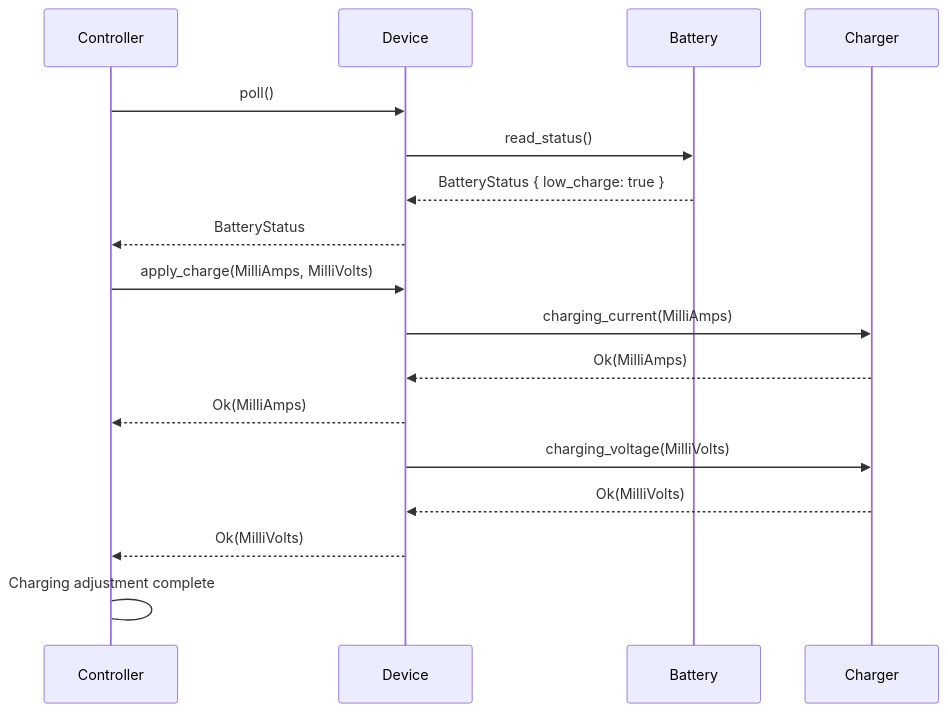
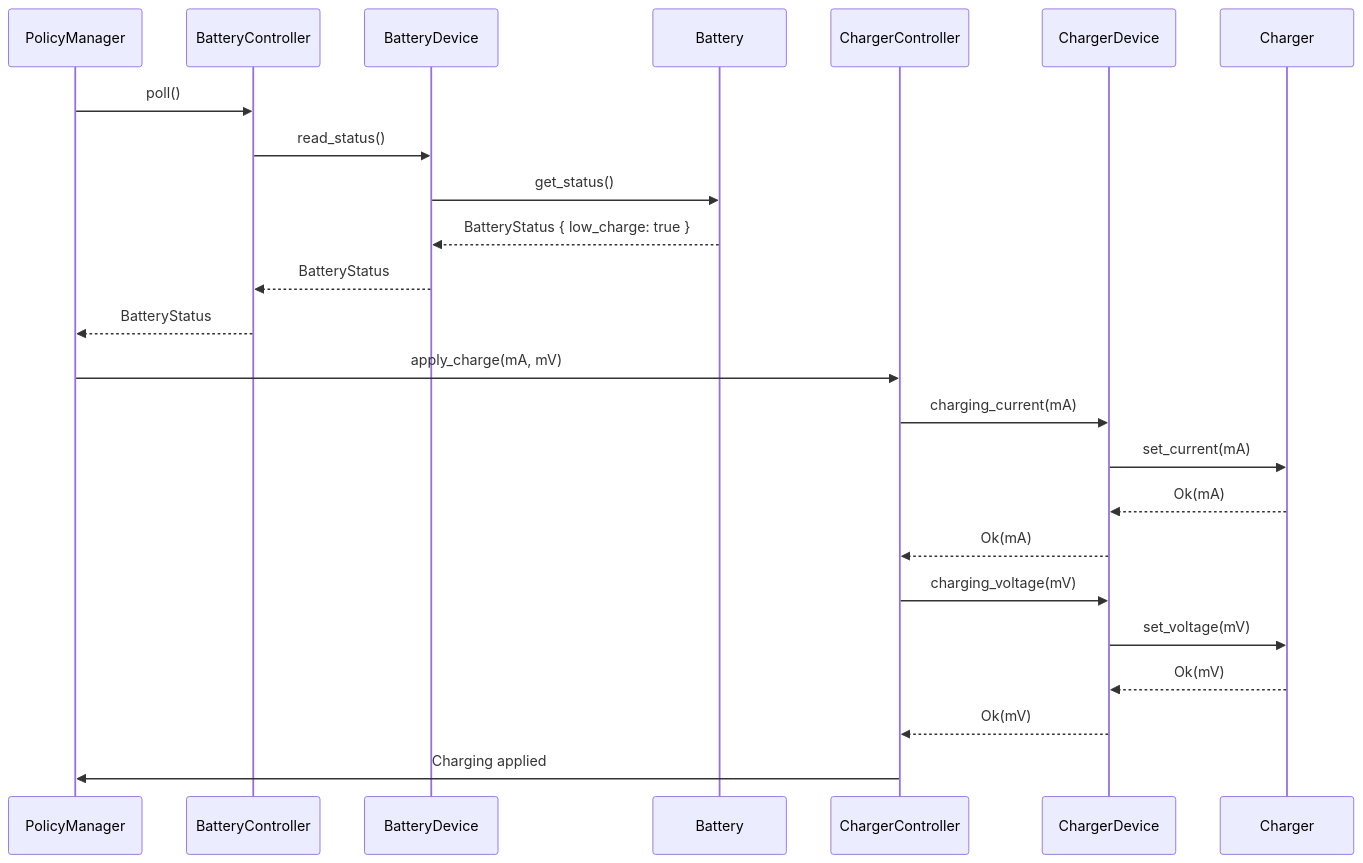
Before and after one commit to tremho/odp-documentation: the third of 3 diagrams in guide_book/src/how/ec/charger/charger.md, drawn with Mermaid. The commit also changed other lines of this file and 12 other files, not shown here.

````diff
--- a/guide_book/src/how/ec/charger/charger.md
+++ b/guide_book/src/how/ec/charger/charger.md
@@ -21,21 +51,30 @@
 ```mermaid
 sequenceDiagram
-    participant Controller
-    participant Device
+    participant PolicyManager
+    participant BatteryController
+    participant BatteryDevice
     participant Battery
+    participant ChargerController
+    participant ChargerDevice
     participant Charger
 
-    Controller->>Device: poll()
-    Device->>Battery: read_status()
-    Battery-->>Device: BatteryStatus { low_charge: true }
-    Device-->>Controller: BatteryStatus
+    PolicyManager->>BatteryController: poll()
+    BatteryController->>BatteryDevice: read_status()
+    BatteryDevice->>Battery: get_status()
+    Battery-->>BatteryDevice: BatteryStatus { low_charge: true }
+    BatteryDevice-->>BatteryController: BatteryStatus
+    BatteryController-->>PolicyManager: BatteryStatus
 
-    Controller->>Device: apply_charge(MilliAmps, MilliVolts)
-    Device->>Charger: charging_current(MilliAmps)
-    Charger-->>Device: Ok(MilliAmps)
-    Device-->>Controller: Ok(MilliAmps)
-    Device->>Charger: charging_voltage(MilliVolts)
-    Charger-->>Device: Ok(MilliVolts)
-    Device-->>Controller: Ok(MilliVolts)
-    Controller->Controller: Charging adjustment complete
+    PolicyManager->>ChargerController: apply_charge(mA, mV)
+    ChargerController->>ChargerDevice: charging_current(mA)
+    ChargerDevice->>Charger: set_current(mA)
+    Charger-->>ChargerDevice: Ok(mA)
+    ChargerDevice-->>ChargerController: Ok(mA)
+
+    ChargerController->>ChargerDevice: charging_voltage(mV)
+    ChargerDevice->>Charger: set_voltage(mV)
+    Charger-->>ChargerDevice: Ok(mV)
+    ChargerDevice-->>ChargerController: Ok(mV)
+
+    ChargerController->>PolicyManager: Charging applied
 ```
````
